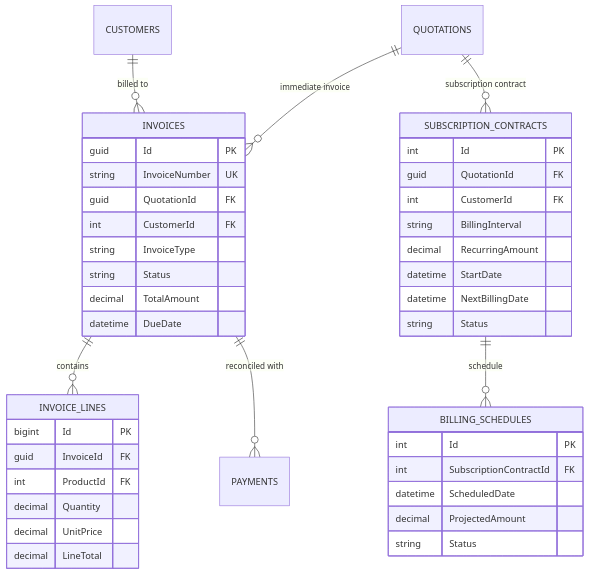
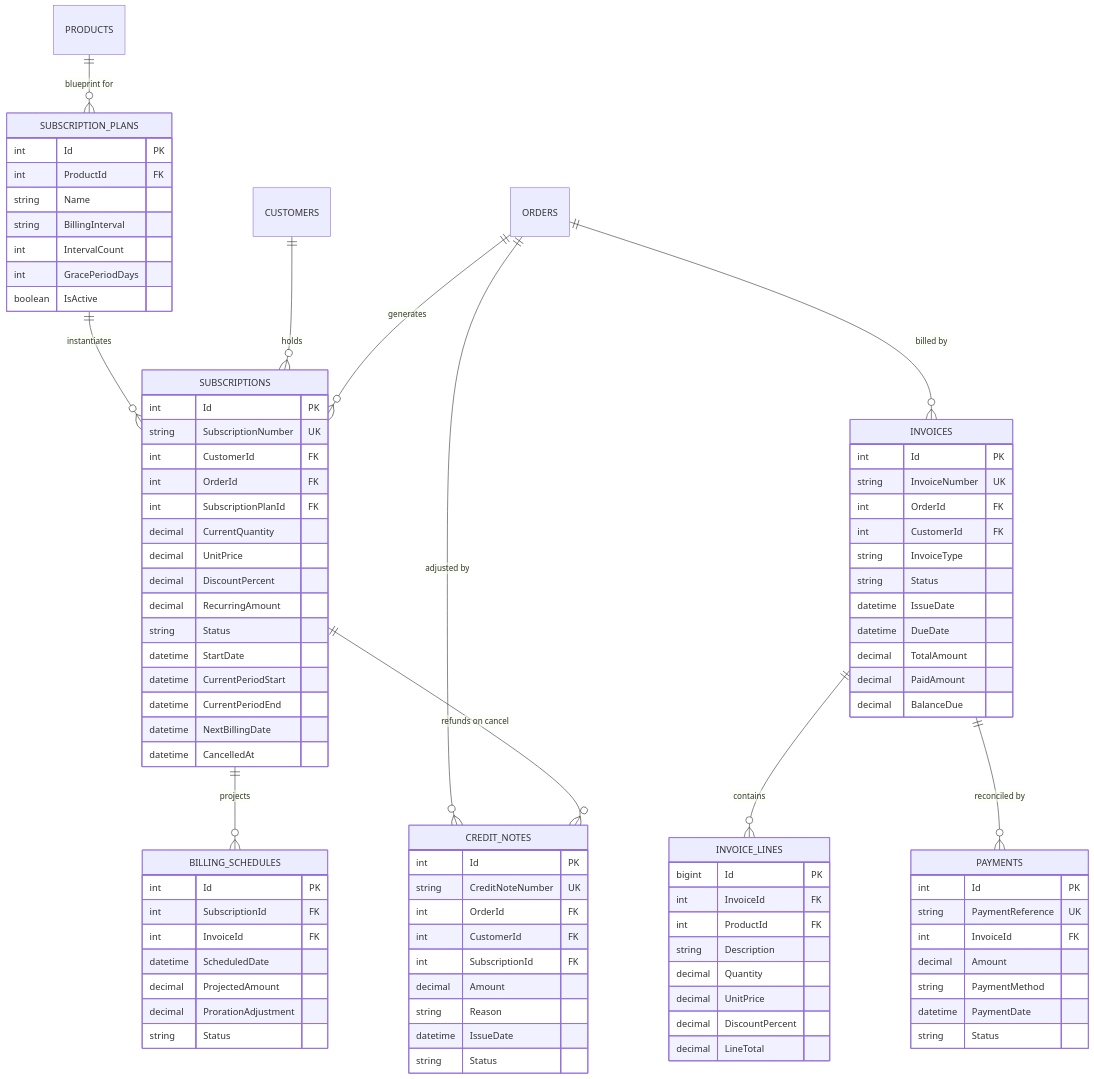
One commit to aniruddh209/Odoo-Heckathon-Gandhinagar changed the sixth of 8 diagrams in docs/database/DEALFLOW360_ERD.md. Above: the diagram before and after it, drawn with Mermaid. The commit also changed other lines of this file and 3 other files, not shown here.

Commit message:
docs(database): integrate validated 41-entity relational schema into Master PRD and database blueprint

````diff
--- a/docs/database/DEALFLOW360_ERD.md
+++ b/docs/database/DEALFLOW360_ERD.md
@@ -243,48 +364,98 @@
 ```mermaid
 erDiagram
-    QUOTATIONS ||--o{ INVOICES : "immediate invoice"
-    QUOTATIONS ||--o{ SUBSCRIPTION_CONTRACTS : "subscription contract"
-    SUBSCRIPTION_CONTRACTS ||--o{ BILLING_SCHEDULES : "schedule"
+    PRODUCTS ||--o{ SUBSCRIPTION_PLANS : "blueprint for"
+    SUBSCRIPTION_PLANS ||--o{ SUBSCRIPTIONS : "instantiates"
+    CUSTOMERS ||--o{ SUBSCRIPTIONS : "holds"
+    ORDERS ||--o{ SUBSCRIPTIONS : "generates"
+    SUBSCRIPTIONS ||--o{ BILLING_SCHEDULES : "projects"
+    ORDERS ||--o{ INVOICES : "billed by"
     INVOICES ||--o{ INVOICE_LINES : "contains"
-    INVOICES ||--o{ PAYMENTS : "reconciled with"
-    CUSTOMERS ||--o{ INVOICES : "billed to"
+    INVOICES ||--o{ PAYMENTS : "reconciled by"
+    ORDERS ||--o{ CREDIT_NOTES : "adjusted by"
+    SUBSCRIPTIONS ||--o{ CREDIT_NOTES : "refunds on cancel"
+
+    SUBSCRIPTION_PLANS {
+        int Id PK
+        int ProductId FK
+        string Name
+        string BillingInterval
+        int IntervalCount
+        int GracePeriodDays
+        boolean IsActive
+    }
+
+    SUBSCRIPTIONS {
+        int Id PK
+        string SubscriptionNumber UK
+        int CustomerId FK
+        int OrderId FK
+        int SubscriptionPlanId FK
+        decimal CurrentQuantity
+        decimal UnitPrice
+        decimal DiscountPercent
+        decimal RecurringAmount
+        string Status
+        datetime StartDate
+        datetime CurrentPeriodStart
+        datetime CurrentPeriodEnd
+        datetime NextBillingDate
+        datetime CancelledAt
+    }
+
+    BILLING_SCHEDULES {
+        int Id PK
+        int SubscriptionId FK
+        int InvoiceId FK
+        datetime ScheduledDate
+        decimal ProjectedAmount
+        decimal ProrationAdjustment
+        string Status
+    }
 
     INVOICES {
-        guid Id PK
+        int Id PK
         string InvoiceNumber UK
-        guid QuotationId FK
+        int OrderId FK
         int CustomerId FK
         string InvoiceType
         string Status
+        datetime IssueDate
+        datetime DueDate
         decimal TotalAmount
-        datetime DueDate
+        decimal PaidAmount
+        decimal BalanceDue
     }
 
     INVOICE_LINES {
         bigint Id PK
-        guid InvoiceId FK
+        int InvoiceId FK
         int ProductId FK
+        string Description
         decimal Quantity
         decimal UnitPrice
+        decimal DiscountPercent
         decimal LineTotal
     }
 
-    SUBSCRIPTION_CONTRACTS {
+    PAYMENTS {
         int Id PK
-        guid QuotationId FK
-        int CustomerId FK
-        string BillingInterval
-        decimal RecurringAmount
-        datetime StartDate
-        datetime NextBillingDate
+        string PaymentReference UK
+        int InvoiceId FK
+        decimal Amount
+        string PaymentMethod
+        datetime PaymentDate
         string Status
     }
 
-    BILLING_SCHEDULES {
+    CREDIT_NOTES {
         int Id PK
-        int SubscriptionContractId FK
-        datetime ScheduledDate
-        decimal ProjectedAmount
+        string CreditNoteNumber UK
+        int OrderId FK
+        int CustomerId FK
+        int SubscriptionId FK
+        decimal Amount
+        string Reason
+        datetime IssueDate
         string Status
     }
 ```
````
